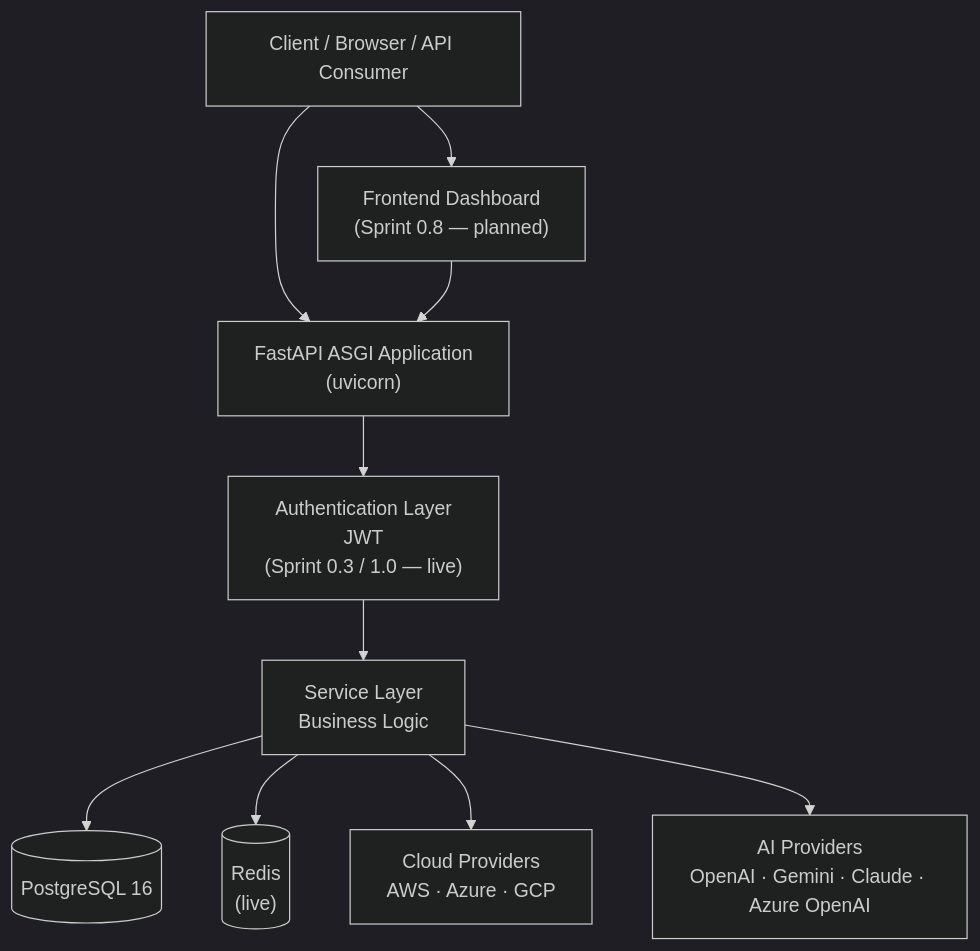
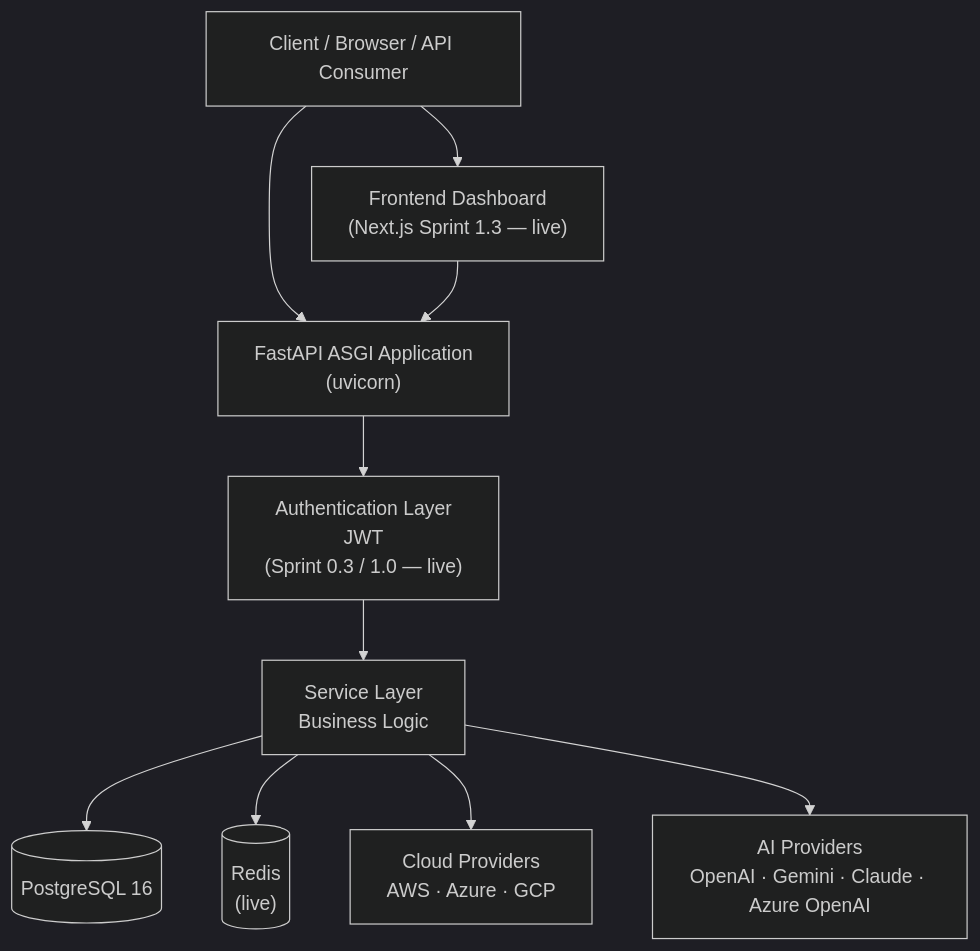
The first of 11 diagrams in docs/architecture.md (manikantadakarapu/multi-cloud-ai-cost-detector), drawn with Mermaid (dark theme) before and after one commit. The commit also changed other lines of this file and 26 other files, not shown here.

First line of the commit message:
feat(frontend): deliver Sprint 1.3 dashboard MVP (#26)

````diff
--- a/docs/architecture.md
+++ b/docs/architecture.md
@@ -70,22 +71,22 @@
 ```mermaid
 graph TD
     User["Client / Browser / API Consumer"]
-    FE["Frontend Dashboard<br/>(Sprint 0.8 — planned)"]
+    FE["Frontend Dashboard<br/>(Next.js Sprint 1.3 — live)"]
     API["FastAPI ASGI Application<br/>(uvicorn)"]
     AuthN["Authentication Layer<br/>JWT<br/>(Sprint 0.3 / 1.0 — live)"]
     Svc["Service Layer<br/>Business Logic"]
     DB[("PostgreSQL 16")]
     Redis[("Redis<br/>(live)")]
     Cloud["Cloud Providers<br/>AWS · Azure · GCP"]
     AI["AI Providers<br/>OpenAI · Gemini · Claude · Azure OpenAI"]
 
     User --> FE
     User --> API
     FE --> API
     API --> AuthN
     AuthN --> Svc
     Svc --> DB
     Svc --> Redis
     Svc --> Cloud
     Svc --> AI
 ```
````
